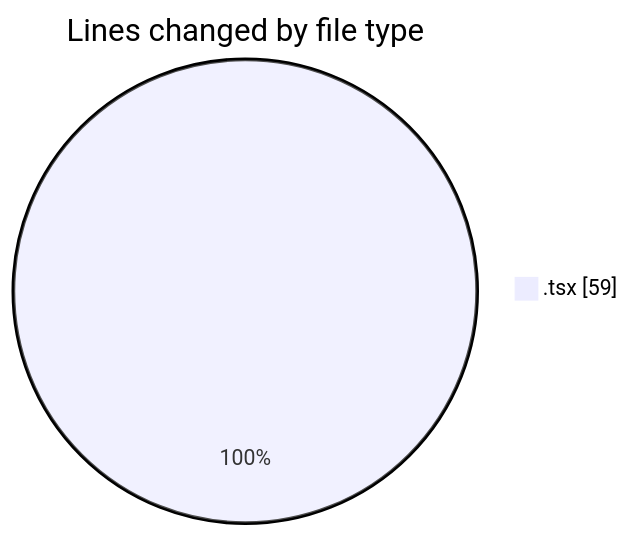
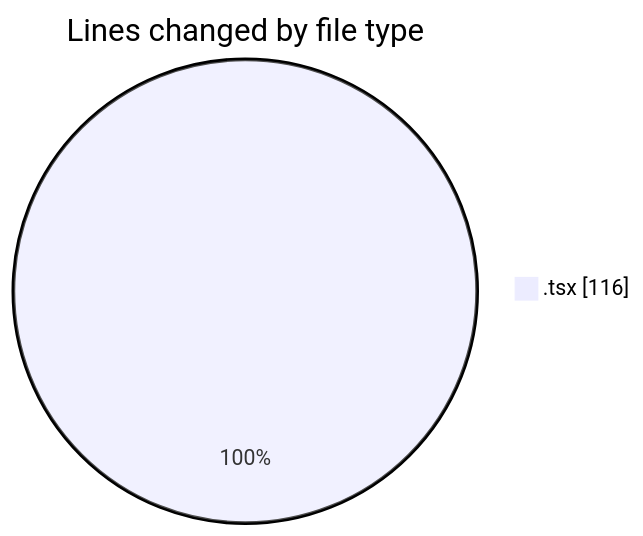
Before and after one commit to momahboobian/code-tracking: the first of 2 diagrams in 2026-08-17/cda/README.md, drawn with Mermaid. The commit also changed other lines of this file and 1 other file, not shown here.

````diff
--- a/2026-08-17/cda/README.md
+++ b/2026-08-17/cda/README.md
@@ -20,5 +20,5 @@
 ```mermaid
 pie showData
 title Lines changed by file type
-".tsx" : 59
+".tsx" : 116
 ```
````
